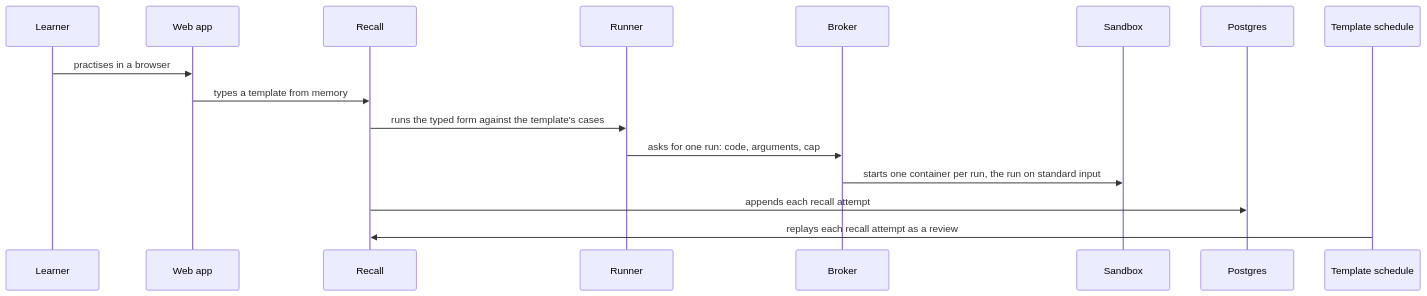
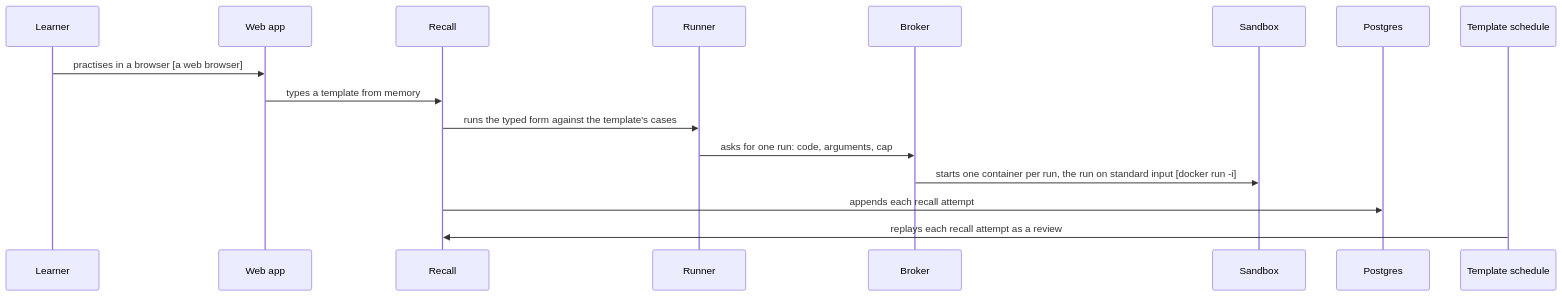
One commit to climbance/climbance changed the diagram in docs/architecture/flows/recalling-a-template.md. Above: the diagram before and after it, drawn with Mermaid. The commit also changed 6 other files, not shown here.

````diff
--- a/docs/architecture/flows/recalling-a-template.md
+++ b/docs/architecture/flows/recalling-a-template.md
@@ -9,18 +9,18 @@
 ```mermaid
 sequenceDiagram
     participant learner as Learner
     participant web_app as Web app
     participant recall as Recall
     participant runner as Runner
     participant broker as Broker
     participant sandbox as Sandbox
     participant database as Postgres
     participant template_schedule as Template schedule
-    learner->>web_app: practises in a browser
+    learner->>web_app: practises in a browser [a web browser]
     web_app->>recall: types a template from memory
     recall->>runner: runs the typed form against the template's cases
     runner->>broker: asks for one run: code, arguments, cap
-    broker->>sandbox: starts one container per run, the run on standard input
+    broker->>sandbox: starts one container per run, the run on standard input [docker run -i]
     recall->>database: appends each recall attempt
     template_schedule->>recall: replays each recall attempt as a review
 ```
````
